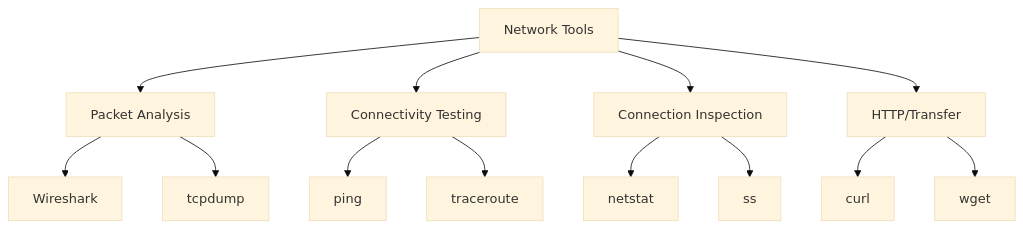
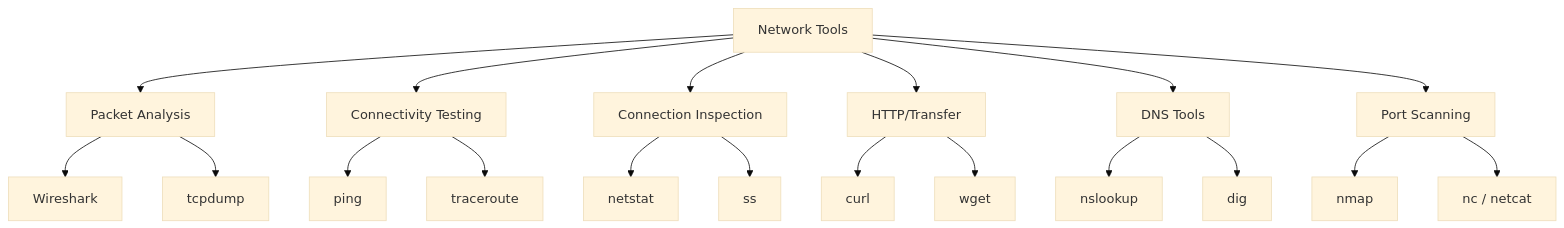
The first of 2 diagrams in src/networks/tools/README.md (vanos001/placement_prep), drawn with Mermaid (base theme) before and after one commit. The commit also changed other lines of this file and 21 other files, not shown here.

````diff
--- a/src/networks/tools/README.md
+++ b/src/networks/tools/README.md
@@ -9,15 +9,21 @@
 ```mermaid
 graph TD
     A[Network Tools] --> B[Packet Analysis]
     A --> C[Connectivity Testing]
     A --> D[Connection Inspection]
     A --> E[HTTP/Transfer]
-    B --> F[Wireshark]
-    B --> G[tcpdump]
-    C --> H[ping]
-    C --> I[traceroute]
-    D --> J[netstat]
-    D --> K[ss]
-    E --> L[curl]
-    E --> M[wget]
+    A --> F[DNS Tools]
+    A --> G[Port Scanning]
+    B --> H[Wireshark]
+    B --> I[tcpdump]
+    C --> J[ping]
+    C --> K[traceroute]
+    D --> L[netstat]
+    D --> M[ss]
+    E --> N[curl]
+    E --> O[wget]
+    F --> P[nslookup]
+    F --> Q[dig]
+    G --> R[nmap]
+    G --> S[nc / netcat]
 ```
````
